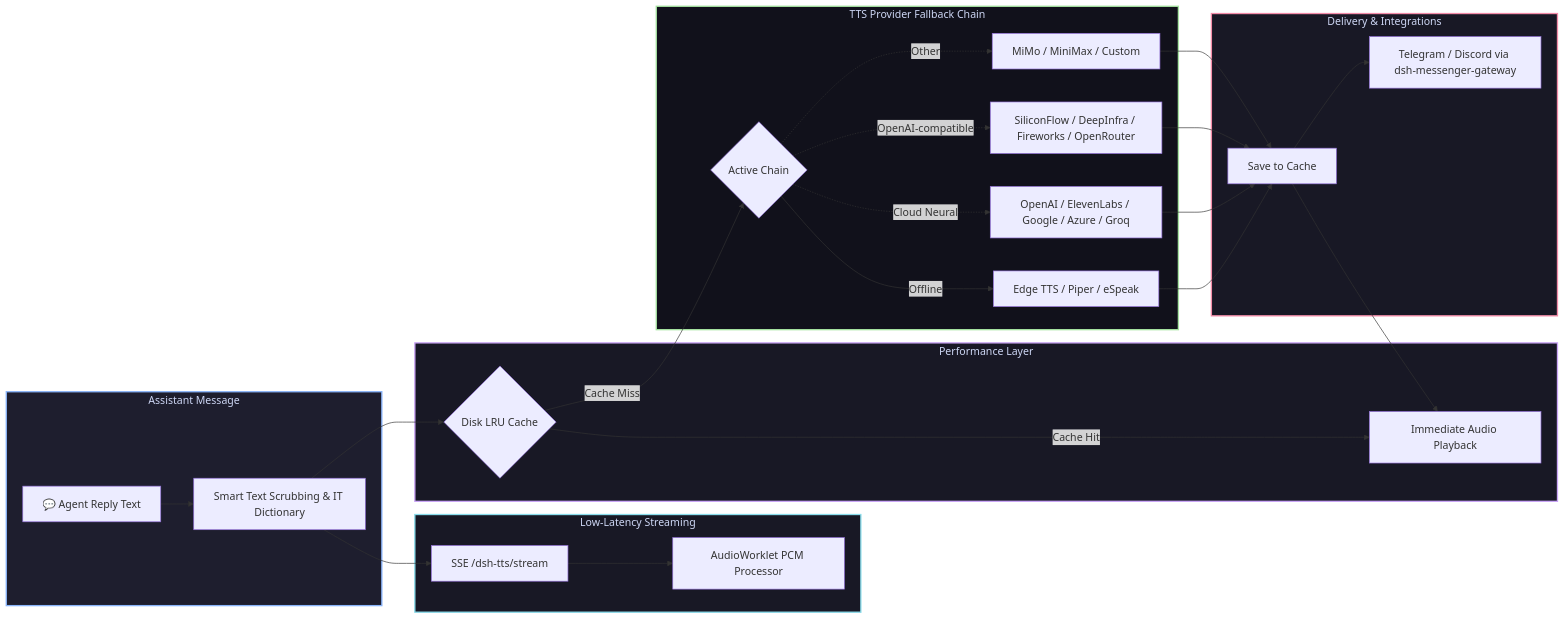
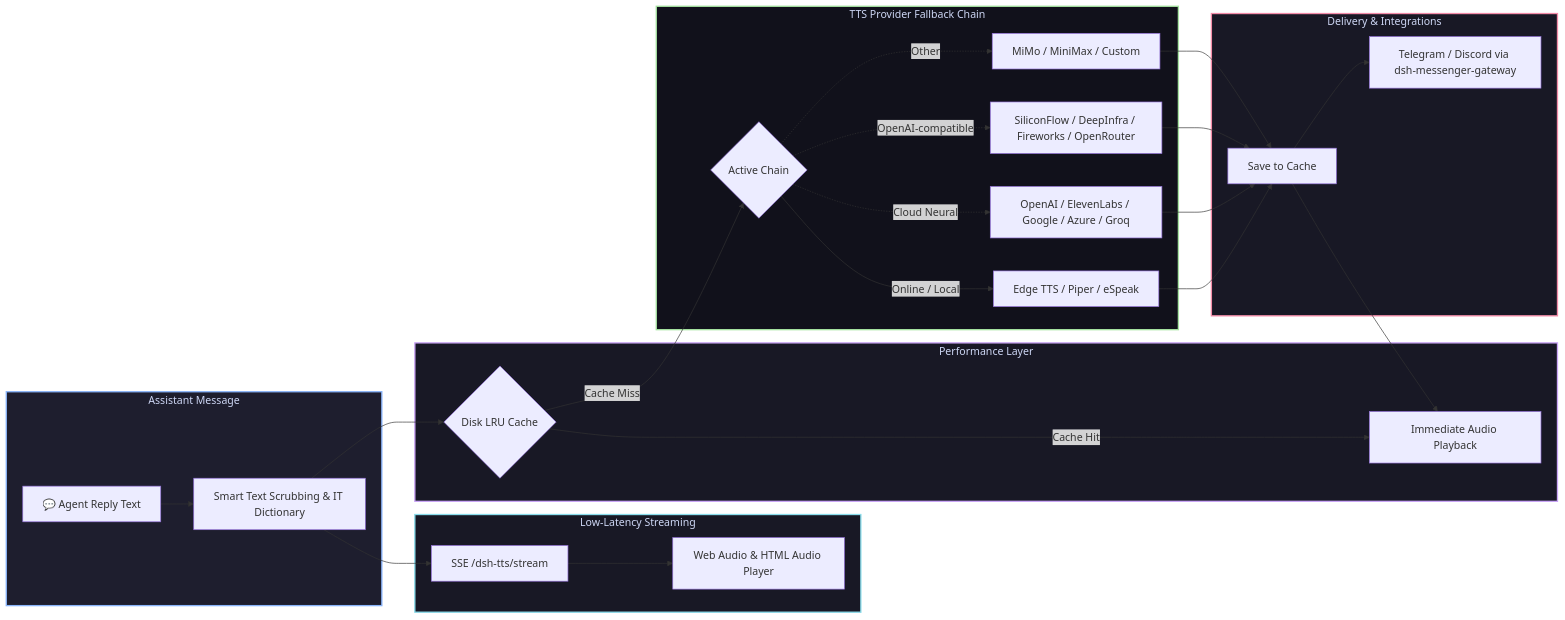
Before and after one commit to GooDAnDReaDY/dsh-tts: the diagram in README.md, drawn with Mermaid. The commit also changed other lines of this file and 19 other files, not shown here.

````diff
--- a/README.md
+++ b/README.md
@@ -44,39 +44,39 @@
 ```mermaid
 graph LR
     subgraph Input [Assistant Message]
         Reply[💬 Agent Reply Text] --> Scrub[Smart Text Scrubbing & IT Dictionary]
     end
 
     subgraph Stream [Low-Latency Streaming]
         Scrub --> SSE[SSE /dsh-tts/stream]
-        SSE --> Worklet[AudioWorklet PCM Processor]
+        SSE --> Player[Web Audio & HTML Audio Player]
     end
 
     subgraph Cache [Performance Layer]
         Scrub --> LRU{Disk LRU Cache}
         LRU -->|Cache Hit| Play[Immediate Audio Playback]
     end
 
     subgraph Fallback [TTS Provider Fallback Chain]
         LRU -->|Cache Miss| Chain{Active Chain}
-        Chain -->|Offline| P1[Edge TTS / Piper / eSpeak]
+        Chain -->|Online / Local| P1[Edge TTS / Piper / eSpeak]
         Chain -.->|Cloud Neural| P2[OpenAI / ElevenLabs / Google / Azure / Groq]
         Chain -.->|OpenAI-compatible| P3[SiliconFlow / DeepInfra / Fireworks / OpenRouter]
         Chain -.->|Other| P4[MiMo / MiniMax / Custom]
     end
 
     subgraph Output [Delivery & Integrations]
         P1 --> Store[Save to Cache]
         P2 --> Store
         P3 --> Store
         P4 --> Store
         Store --> Play
         Store --> Msg[Telegram / Discord via dsh-messenger-gateway]
     end
 
     style Input fill:#1e1e2e,stroke:#89b4fa,stroke-width:2px,color:#cdd6f4
     style Stream fill:#181825,stroke:#89dceb,stroke-width:2px,color:#cdd6f4
     style Cache fill:#181825,stroke:#cba6f7,stroke-width:2px,color:#cdd6f4
     style Fallback fill:#11111b,stroke:#a6e3a1,stroke-width:2px,color:#cdd6f4
     style Output fill:#181825,stroke:#f38ba8,stroke-width:2px,color:#cdd6f4
 ```
````
